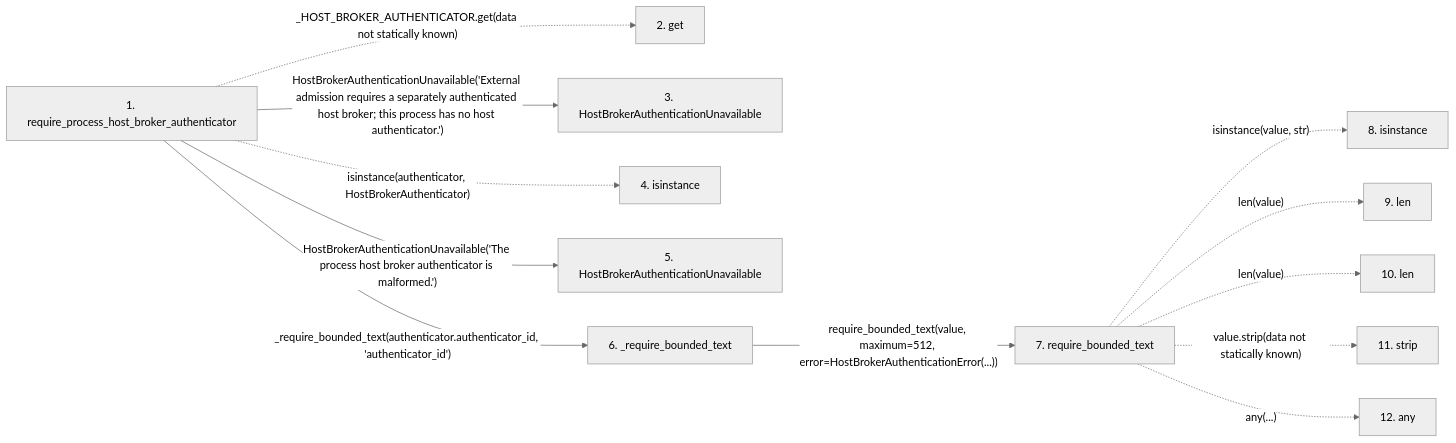
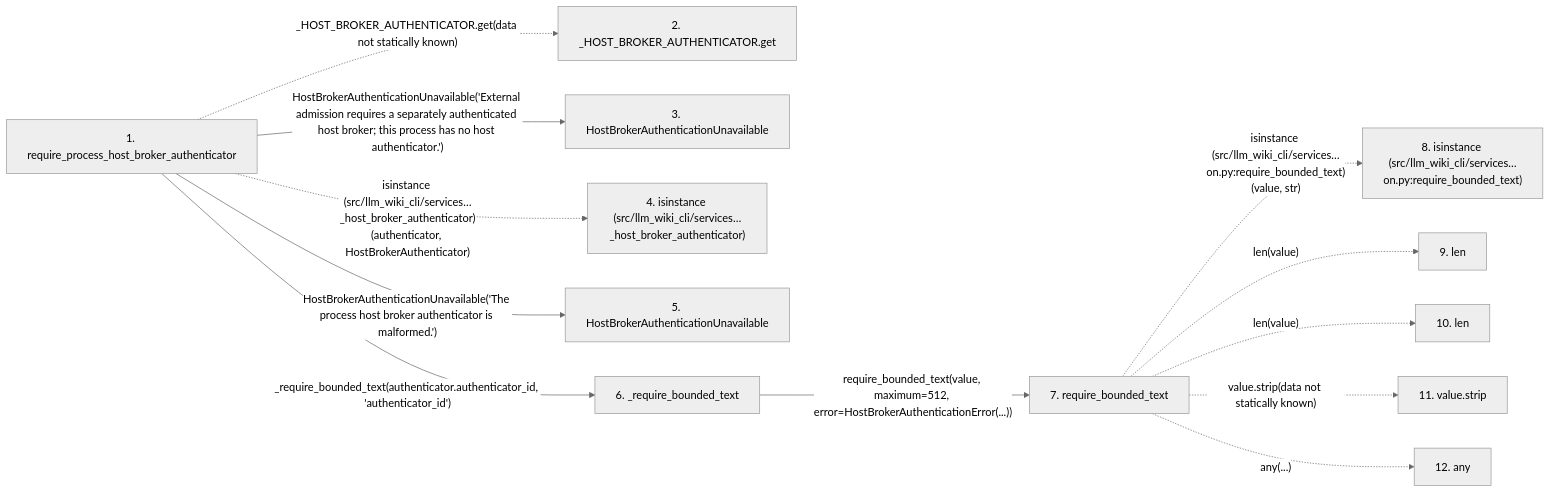
The second of 2 diagrams in docs/llm_wiki/flows/api-require_process_host_broker_authenticator.md (Denissvgn/python-wiki-llm), drawn with Mermaid (neutral theme) before and after one commit. The commit also changed other lines of this file and 719 other files, not shown here.

````diff
--- a/docs/llm_wiki/flows/api-require_process_host_broker_authenticator.md
+++ b/docs/llm_wiki/flows/api-require_process_host_broker_authenticator.md
@@ -42,31 +43,31 @@
 ```mermaid
 flowchart LR
     s1["1. require_process_host_broker_authenticator"]
-    s2["2. get"]
+    s2["2. _HOST_BROKER_AUTHENTICATOR.get"]
     s3["3. HostBrokerAuthenticationUnavailable"]
-    s4["4. isinstance"]
+    s4["4. isinstance (src/llm_wiki_cli/services…_host_broker_authenticator)"]
     s5["5. HostBrokerAuthenticationUnavailable"]
     s6["6. _require_bounded_text"]
     s7["7. require_bounded_text"]
-    s8["8. isinstance"]
+    s8["8. isinstance (src/llm_wiki_cli/services…on.py:require_bounded_text)"]
     s9["9. len"]
     s10["10. len"]
-    s11["11. strip"]
+    s11["11. value.strip"]
     s12["12. any"]
     s1 -. "_HOST_BROKER_AUTHENTICATOR.get(data not statically known)" .-> s2
     s1 -->|"HostBrokerAuthenticationUnavailable('External admission requires a separately authenticated host broker; this process has no host authenticator.')"| s3
-    s1 -. "isinstance(authenticator, HostBrokerAuthenticator)" .-> s4
+    s1 -. "isinstance (src/llm_wiki_cli/services…_host_broker_authenticator)(authenticator, HostBrokerAuthenticator)" .-> s4
     s1 -->|"HostBrokerAuthenticationUnavailable('The process host broker authenticator is malformed.')"| s5
     s1 -->|"_require_bounded_text(authenticator.authenticator_id, 'authenticator_id')"| s6
     s6 -->|"require_bounded_text(value, maximum=512, error=HostBrokerAuthenticationError(...))"| s7
-    s7 -. "isinstance(value, str)" .-> s8
+    s7 -. "isinstance (src/llm_wiki_cli/services…on.py:require_bounded_text)(value, str)" .-> s8
     s7 -. "len(value)" .-> s9
     s7 -. "len(value)" .-> s10
     s7 -. "value.strip(data not statically known)" .-> s11
     s7 -. "any(...)" .-> s12
     click s1 "../modules/host_broker.md"
     click s3 "../modules/host_broker.md"
     click s5 "../modules/host_broker.md"
     click s6 "../modules/host_broker.md"
     click s7 "../modules/validation.md"
 ```
````
